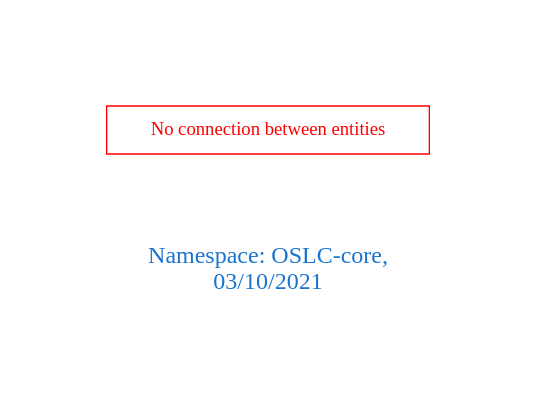
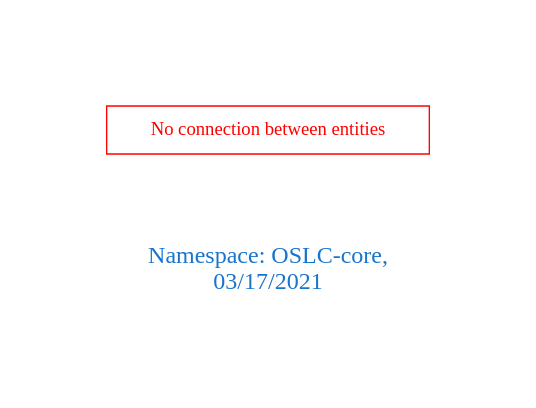
Before and after one commit to arago/OGIT: the diagram in downloads/OSLC-core.dot, drawn with Graphviz. The commit also changed 1846 other files, not shown here.

```diff
--- a/downloads/OSLC-core.dot
+++ b/downloads/OSLC-core.dot
@@ -1,9 +1,9 @@
 digraph OGIT_ontology {
  graph [ rankdir= LR,pad=1 
 fontsize = 18,
-fontcolor= dodgerblue3,label = "\n\n\nNamespace: OSLC-core, \n 03/10/2021"];
+fontcolor= dodgerblue3,label = "\n\n\nNamespace: OSLC-core, \n 03/17/2021"];
 node[shape=polygon];
 edge [  color="gray81"];
 
 "No connection between entities" [fontcolor = "red",color="red", shape="polygon"]
 }
```
